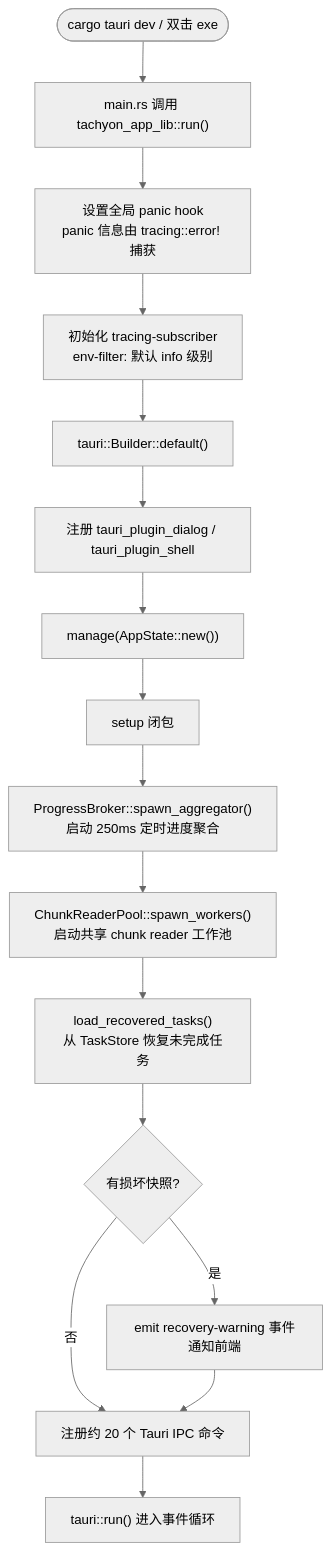
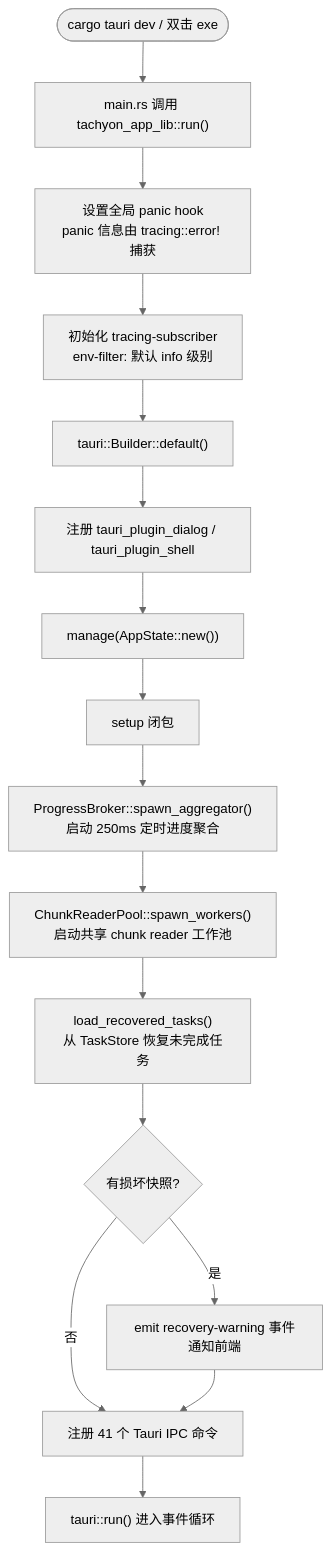
One commit to baiye2941/Tachyon changed the third of 7 diagrams in docs/architecture.md. Above: the diagram before and after it, drawn with Mermaid (neutral theme). The commit also changed other lines of this file and 40 other files, not shown here.

````diff
--- a/docs/architecture.md
+++ b/docs/architecture.md
@@ -353,18 +355,18 @@
 ```mermaid
 flowchart TD
     START(["cargo tauri dev / 双击 exe"]) --> MAIN["main.rs 调用 tachyon_app_lib::run()"]
     MAIN --> PANIC["设置全局 panic hook<br/>panic 信息由 tracing::error! 捕获"]
     PANIC --> TRACING["初始化 tracing-subscriber<br/>env-filter: 默认 info 级别"]
     TRACING --> BUILDER["tauri::Builder::default()"]
     BUILDER --> PLUGIN["注册 tauri_plugin_dialog / tauri_plugin_shell"]
     PLUGIN --> MANAGE["manage(AppState::new())"]
     MANAGE --> SETUP["setup 闭包"]
     SETUP --> AGG["ProgressBroker::spawn_aggregator()<br/>启动 250ms 定时进度聚合"]
     AGG --> READER["ChunkReaderPool::spawn_workers()<br/>启动共享 chunk reader 工作池"]
     READER --> RECOVER["load_recovered_tasks()<br/>从 TaskStore 恢复未完成任务"]
     RECOVER --> CHECK{"有损坏快照?"}
     CHECK -->|是| WARN["emit recovery-warning 事件通知前端"]
     CHECK -->|否| REGISTER
-    WARN --> REGISTER["注册约 20 个 Tauri IPC 命令"]
+    WARN --> REGISTER["注册 41 个 Tauri IPC 命令"]
     REGISTER --> RUN["tauri::run() 进入事件循环"]
 ```
````
